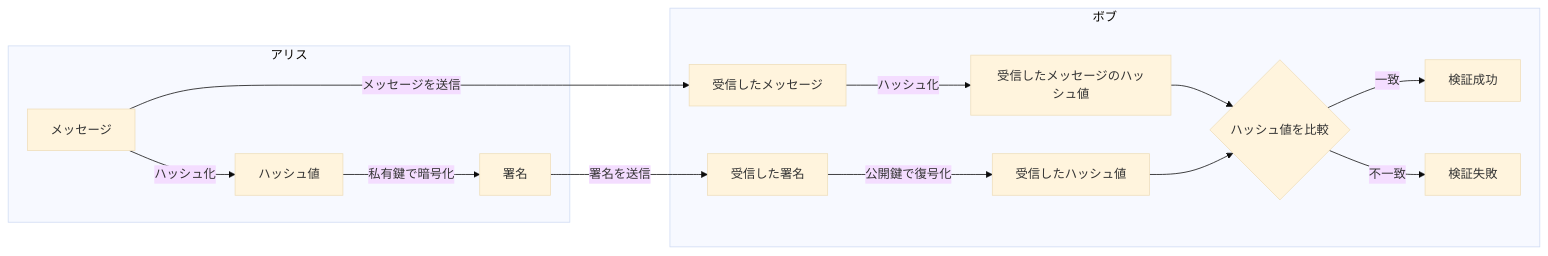
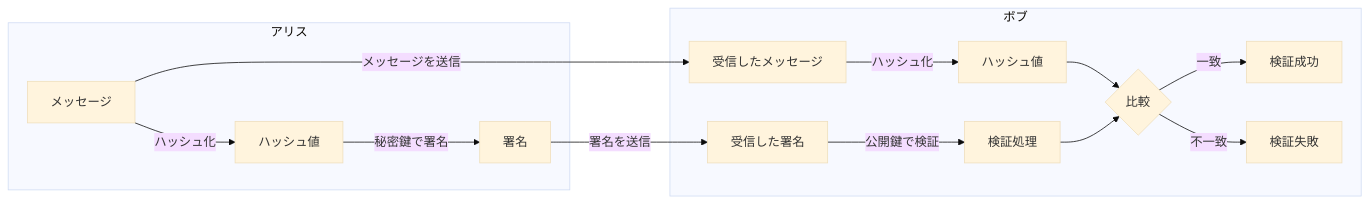
Before and after one commit to shuji-bonji/Notes-about-Digital-Signatures-and-Timestamps: the second of 4 diagrams in DigitalSignature.md, drawn with Mermaid (base theme). The commit also changed other lines of this file and 18 other files, not shown here.

````diff
--- a/DigitalSignature.md
+++ b/DigitalSignature.md
@@ -73,20 +192,19 @@
 ```mermaid
 graph LR
     subgraph アリス
         A[メッセージ] -->|ハッシュ化| B[ハッシュ値]
-        B -->|私有鍵で暗号化| C[署名]
+        B -->|秘密鍵で署名| C[署名]
     end
 
     subgraph ボブ
-        G[受信したメッセージ] -->|ハッシュ化| H[受信したメッセージのハッシュ値]
-        E[受信した署名] -->|公開鍵で復号化| F[受信したハッシュ値]
-        H --> I{ハッシュ値を比較}
+        G[受信したメッセージ] -->|ハッシュ化| H[ハッシュ値]
+        E[受信した署名] -->|公開鍵で検証| F[検証処理]
+        H --> I{比較}
         F --> I
         I -->|一致| J[検証成功]
         I -->|不一致| K[検証失敗]
     end
 
     C -->|署名を送信| E
     A -->|メッセージを送信| G
-
 ```
````
